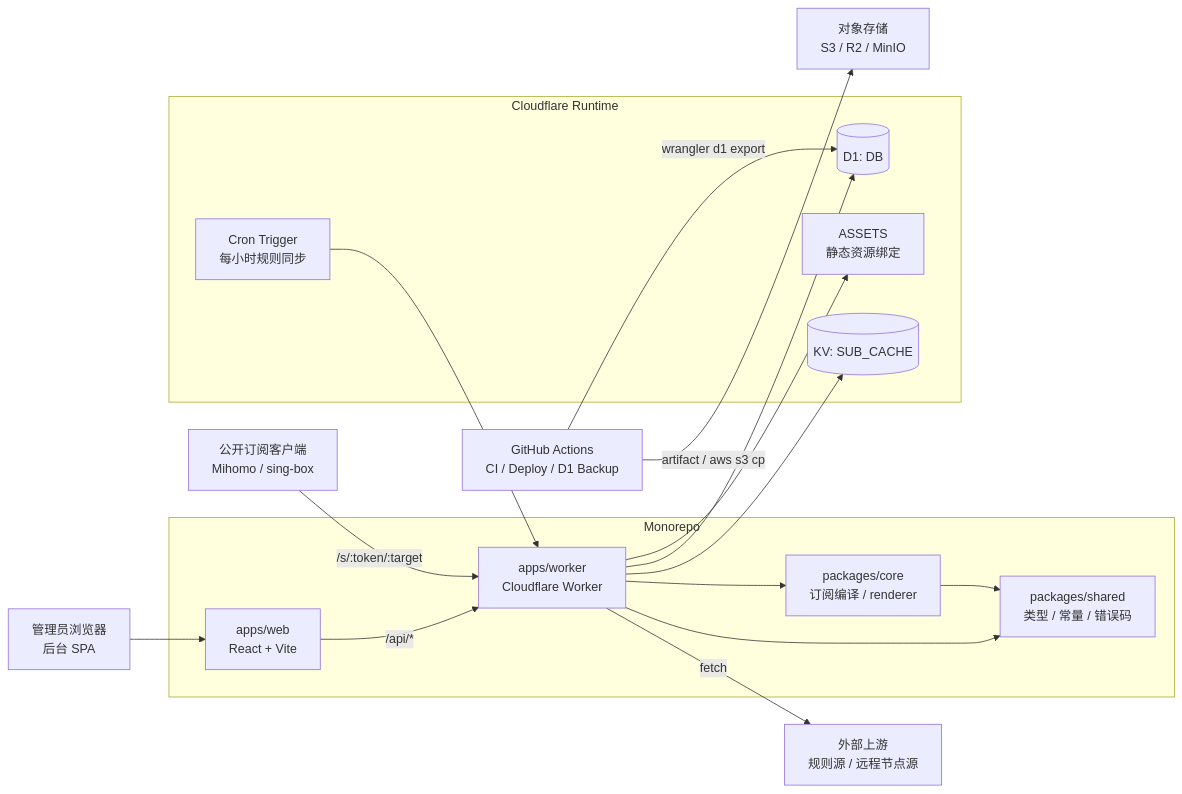
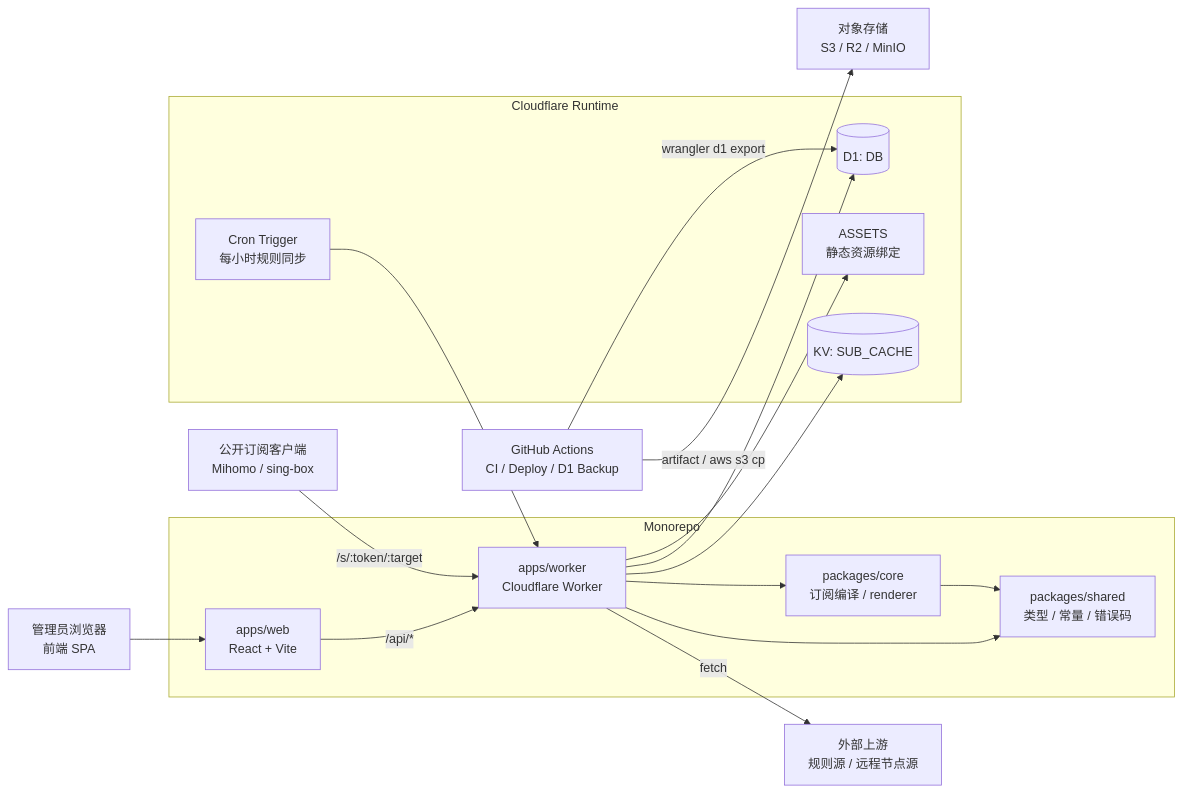
The first of 5 diagrams in docs/架构图与ER图.md (aliom-v/SubForge), drawn with Mermaid before and after one commit. The commit also changed other lines of this file and 23 other files, not shown here.

````diff
--- a/docs/架构图与ER图.md
+++ b/docs/架构图与ER图.md
@@ -31,36 +31,36 @@
 ```mermaid
 flowchart LR
-  Admin["管理员浏览器<br/>后台 SPA"]
+  Admin["管理员浏览器<br/>前端 SPA"]
   Subscriber["公开订阅客户端<br/>Mihomo / sing-box"]
   GHA["GitHub Actions<br/>CI / Deploy / D1 Backup"]
   External["外部上游<br/>规则源 / 远程节点源"]
   ObjectStorage["对象存储<br/>S3 / R2 / MinIO"]
 
   subgraph Repo[Monorepo]
     Web["apps/web<br/>React + Vite"]
     Worker["apps/worker<br/>Cloudflare Worker"]
     Core["packages/core<br/>订阅编译 / renderer"]
     Shared["packages/shared<br/>类型 / 常量 / 错误码"]
   end
 
   subgraph CF[Cloudflare Runtime]
     Assets["ASSETS<br/>静态资源绑定"]
     D1[(D1: DB)]
     KV[(KV: SUB_CACHE)]
     Cron["Cron Trigger<br/>每小时规则同步"]
   end
 
   Admin --> Web
   Web -->|/api/*| Worker
   Subscriber -->|/s/:token/:target| Worker
   Worker --> Assets
   Worker --> D1
   Worker --> KV
   Worker --> Core
   Worker --> Shared
   Core --> Shared
   Cron --> Worker
   Worker -->|fetch| External
   GHA -->|wrangler d1 export| D1
   GHA -->|artifact / aws s3 cp| ObjectStorage
 ```
````
